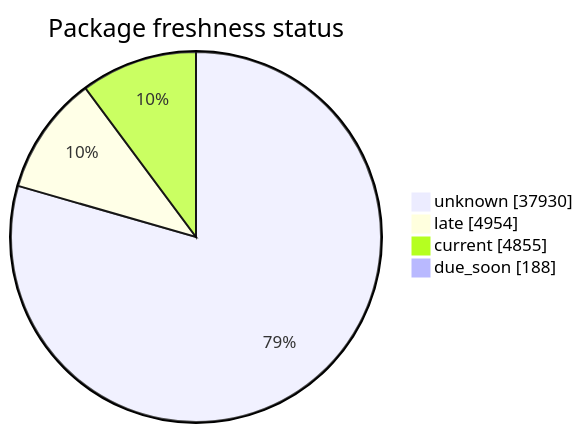
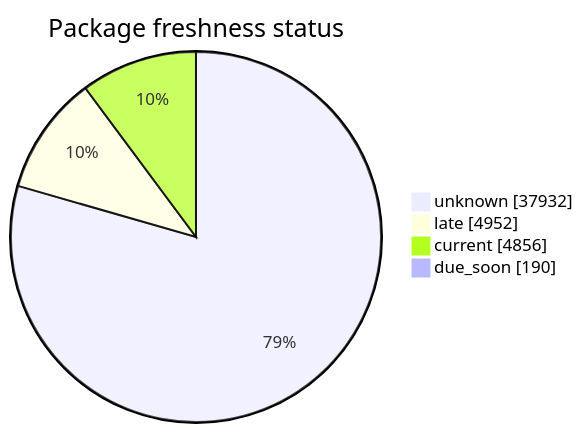
One commit to open-data/analytics-corporate-reporting changed the second of 5 diagrams in FreshCheck/README.md. Above: the diagram before and after it, drawn with Mermaid. The commit also changed other lines of this file and 3 other files, not shown here.

````diff
--- a/FreshCheck/README.md
+++ b/FreshCheck/README.md
@@ -68,7 +68,7 @@
 ```mermaid
 pie showData title Package freshness status
-    "unknown": 37930
-    "late": 4954
-    "current": 4855
-    "due_soon": 188
+    "unknown": 37932
+    "late": 4952
+    "current": 4856
+    "due_soon": 190
 ```
````
